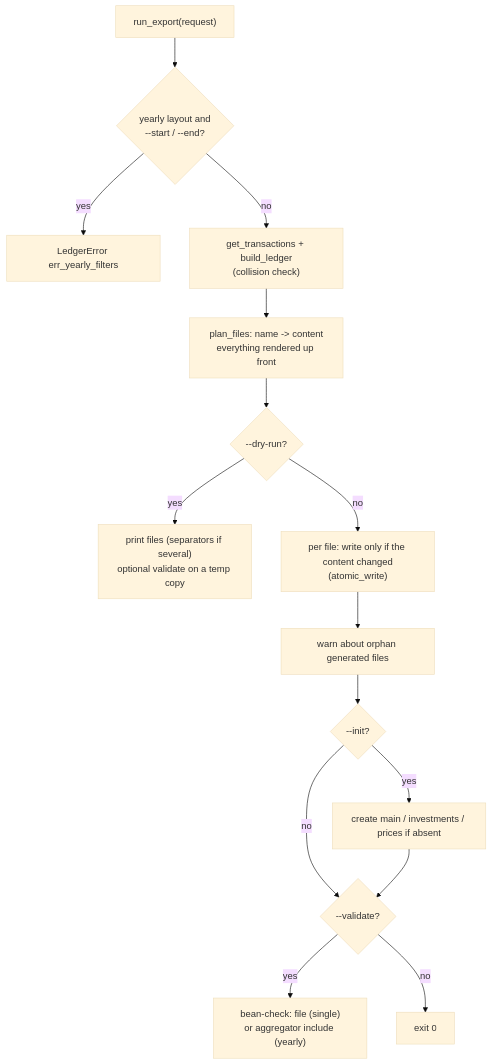
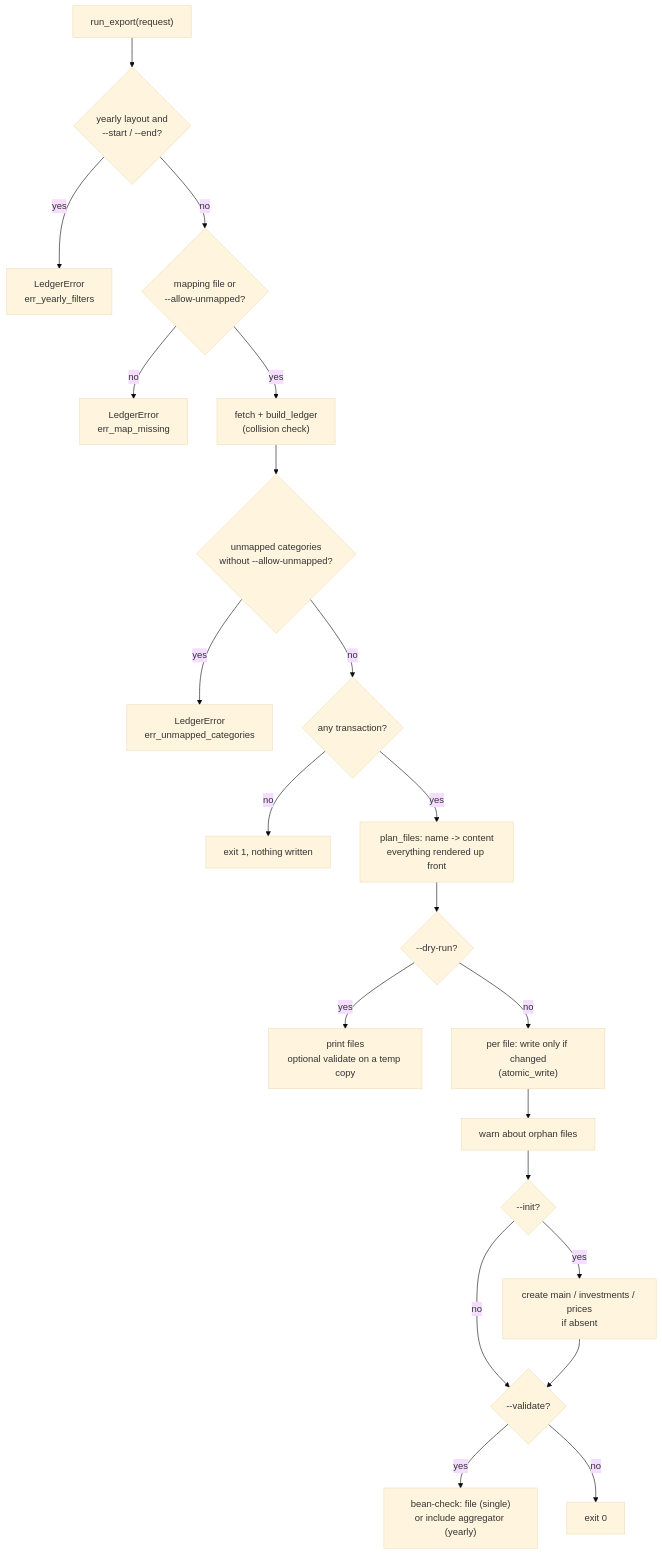
One commit to fran33git/firefly-reports changed the sixth of 6 diagrams in docs/wiki/Ledger-Architecture.md. Above: the diagram before and after it, drawn with Mermaid (base theme). The commit also changed other lines of this file and 13 other files, not shown here.

````diff
--- a/docs/wiki/Ledger-Architecture.md
+++ b/docs/wiki/Ledger-Architecture.md
@@ -268,17 +380,23 @@
 ```mermaid
 flowchart TD
     A["run_export(request)"] --> B{"yearly layout and<br/>--start / --end?"}
-    B -- yes --> X1["LedgerError err_yearly_filters"]
-    B -- no --> C["get_transactions + build_ledger<br/>(collision check)"]
-    C --> D["plan_files: name -> content<br/>everything rendered up front"]
+    B -- yes --> X1["LedgerError<br/>err_yearly_filters"]
+    B -- no --> M{"mapping file or<br/>--allow-unmapped?"}
+    M -- no --> X2["LedgerError<br/>err_map_missing"]
+    M -- yes --> C["fetch + build_ledger<br/>(collision check)"]
+    C --> U{"unmapped categories<br/>without --allow-unmapped?"}
+    U -- yes --> X3["LedgerError<br/>err_unmapped_categories"]
+    U -- no --> T{"any transaction?"}
+    T -- no --> X4["exit 1, nothing written"]
+    T -- yes --> D["plan_files: name -> content<br/>everything rendered up front"]
     D --> E{"--dry-run?"}
-    E -- yes --> F["print files (separators if several)<br/>optional validate on a temp copy"]
-    E -- no --> G["per file: write only if the content changed<br/>(atomic_write)"]
-    G --> H["warn about orphan generated files"]
+    E -- yes --> F["print files<br/>optional validate on a temp copy"]
+    E -- no --> G["per file: write only if changed<br/>(atomic_write)"]
+    G --> H["warn about orphan files"]
     H --> I{"--init?"}
-    I -- yes --> J["create main / investments / prices if absent"]
+    I -- yes --> J["create main / investments / prices<br/>if absent"]
     I -- no --> K
     J --> K{"--validate?"}
-    K -- yes --> L["bean-check: file (single)<br/>or aggregator include (yearly)"]
-    K -- no --> M["exit 0"]
+    K -- yes --> L["bean-check: file (single)<br/>or include aggregator (yearly)"]
+    K -- no --> Z["exit 0"]
 ```
````
